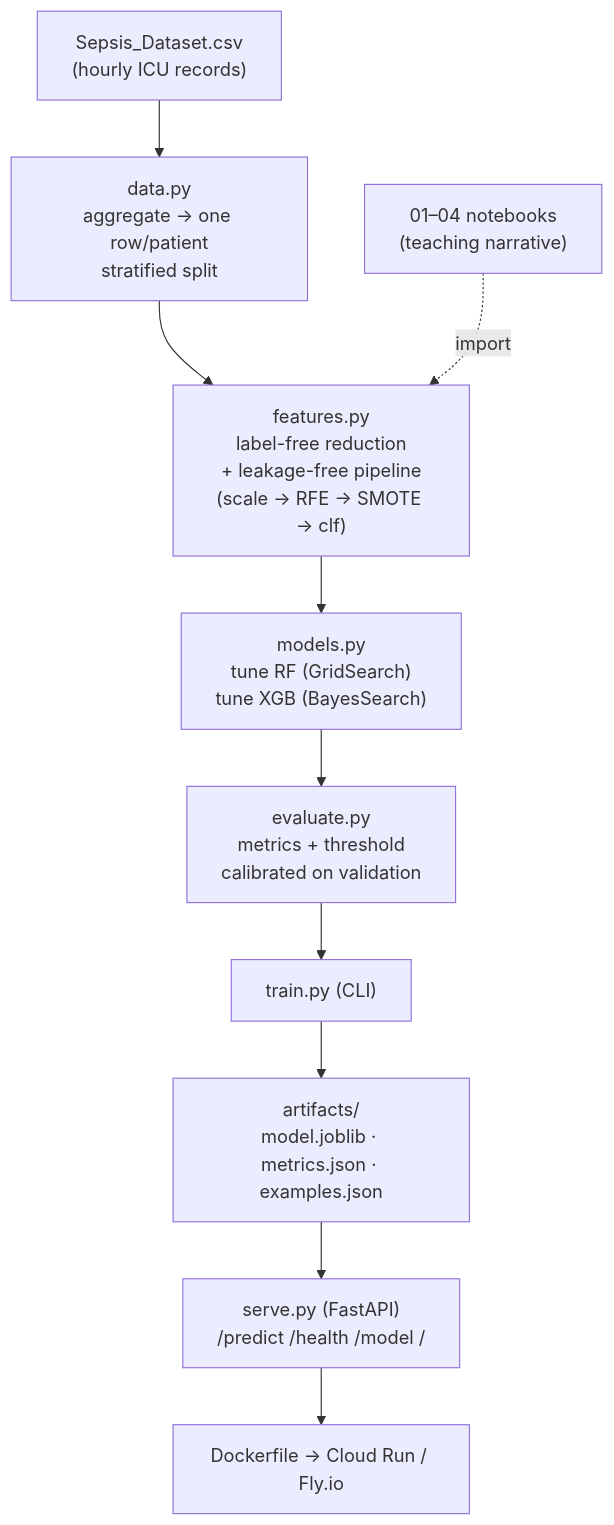
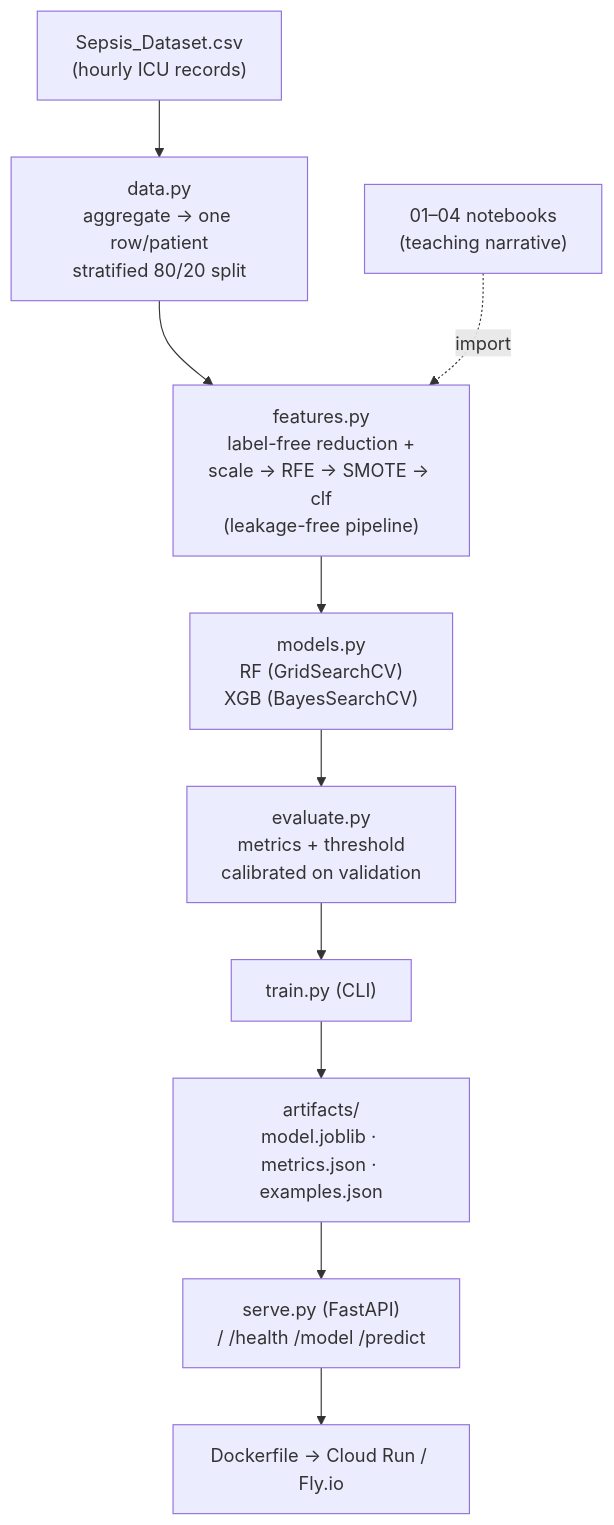
Before and after one commit to shiva-shivanibokka/Sepsis-ML-Model: the diagram in README.md, drawn with Mermaid. The commit also changed other lines of this file, not shown here.

````diff
--- a/README.md
+++ b/README.md
@@ -28,12 +48,12 @@
 ```mermaid
 flowchart TD
-    RAW["Sepsis_Dataset.csv<br/>(hourly ICU records)"] --> DATA["data.py<br/>aggregate → one row/patient<br/>stratified split"]
-    DATA --> FEAT["features.py<br/>label-free reduction<br/>+ leakage-free pipeline<br/>(scale → RFE → SMOTE → clf)"]
-    FEAT --> MODELS["models.py<br/>tune RF (GridSearch)<br/>tune XGB (BayesSearch)"]
+    RAW["Sepsis_Dataset.csv<br/>(hourly ICU records)"] --> DATA["data.py<br/>aggregate → one row/patient<br/>stratified 80/20 split"]
+    DATA --> FEAT["features.py<br/>label-free reduction +<br/>scale → RFE → SMOTE → clf<br/>(leakage-free pipeline)"]
+    FEAT --> MODELS["models.py<br/>RF (GridSearchCV)<br/>XGB (BayesSearchCV)"]
     MODELS --> EVAL["evaluate.py<br/>metrics + threshold<br/>calibrated on validation"]
     EVAL --> TRAIN["train.py (CLI)"]
     TRAIN --> ART["artifacts/<br/>model.joblib · metrics.json · examples.json"]
-    ART --> SERVE["serve.py (FastAPI)<br/>/predict /health /model /"]
+    ART --> SERVE["serve.py (FastAPI)<br/>/ /health /model /predict"]
     SERVE --> DOCKER["Dockerfile → Cloud Run / Fly.io"]
     NB["01–04 notebooks<br/>(teaching narrative)"] -. import .-> FEAT
 ```
````
